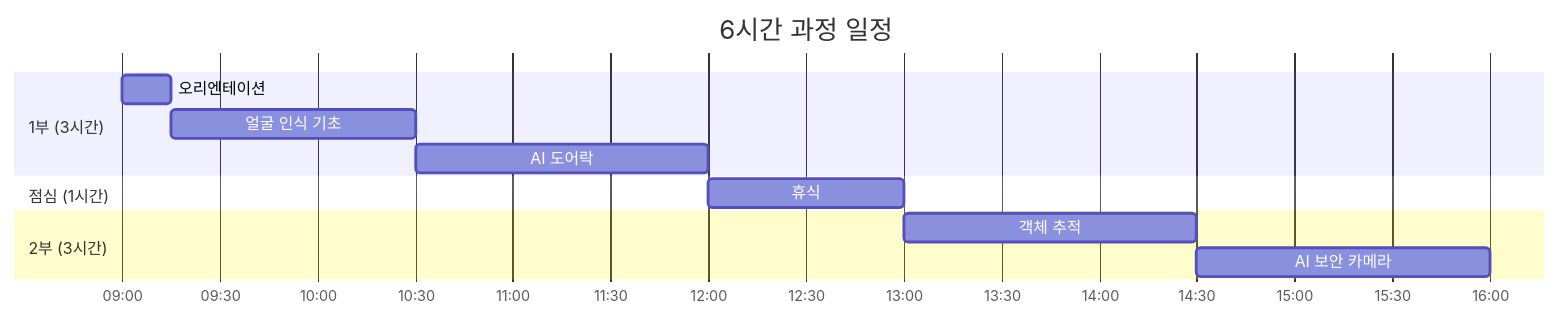
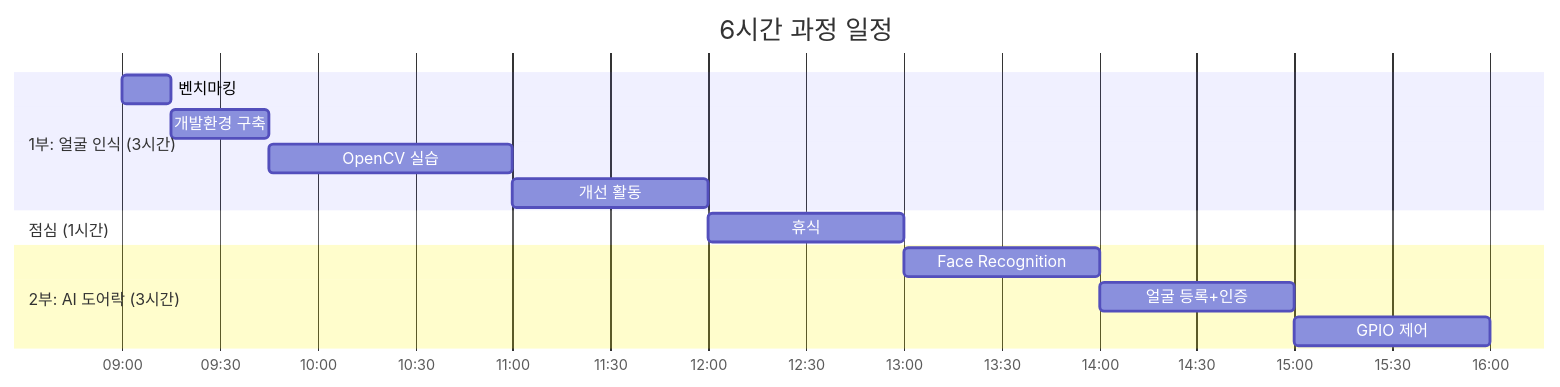
Before and after one commit to Collegenie-X/AIMakerLab_Web: the seventh of 9 diagrams in documents/CURRICULUM/맛보기_라즈베리파이_AI.md, drawn with Mermaid. The commit also changed other lines of this file and 3 other files, not shown here.

````diff
--- a/documents/CURRICULUM/맛보기_라즈베리파이_AI.md
+++ b/documents/CURRICULUM/맛보기_라즈베리파이_AI.md
@@ -568,18 +835,20 @@
 ```mermaid
 gantt
     title 6시간 과정 일정
     dateFormat HH:mm
     axisFormat %H:%M
     
-    section 1부 (3시간)
-    오리엔테이션: 09:00, 15m
-    얼굴 인식 기초: 09:15, 75m
-    AI 도어락: 10:30, 90m
+    section 1부: 얼굴 인식 (3시간)
+    벤치마킹: 09:00, 15m
+    개발환경 구축: 09:15, 30m
+    OpenCV 실습: 09:45, 75m
+    개선 활동: 11:00, 60m
     
     section 점심 (1시간)
     휴식: 12:00, 60m
     
-    section 2부 (3시간)
-    객체 추적: 13:00, 90m
-    AI 보안 카메라: 14:30, 90m
+    section 2부: AI 도어락 (3시간)
+    Face Recognition: 13:00, 60m
+    얼굴 등록+인증: 14:00, 60m
+    GPIO 제어: 15:00, 60m
 ```
````
